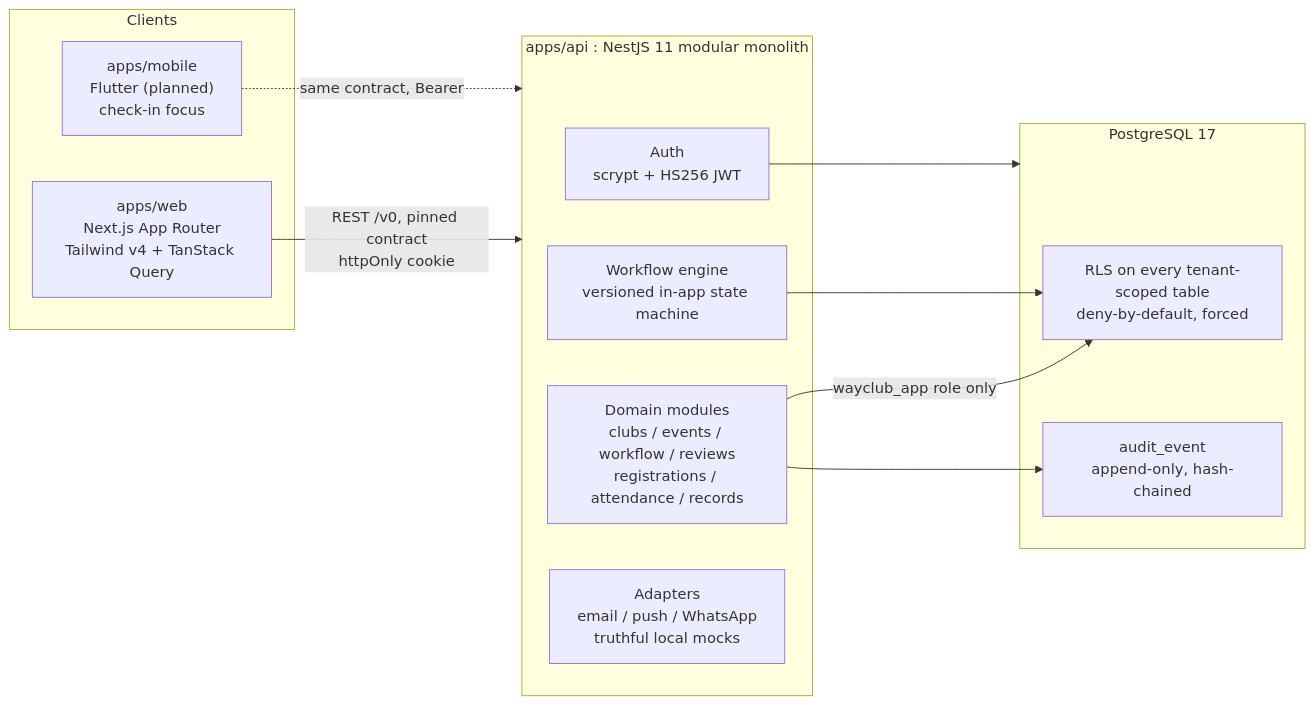
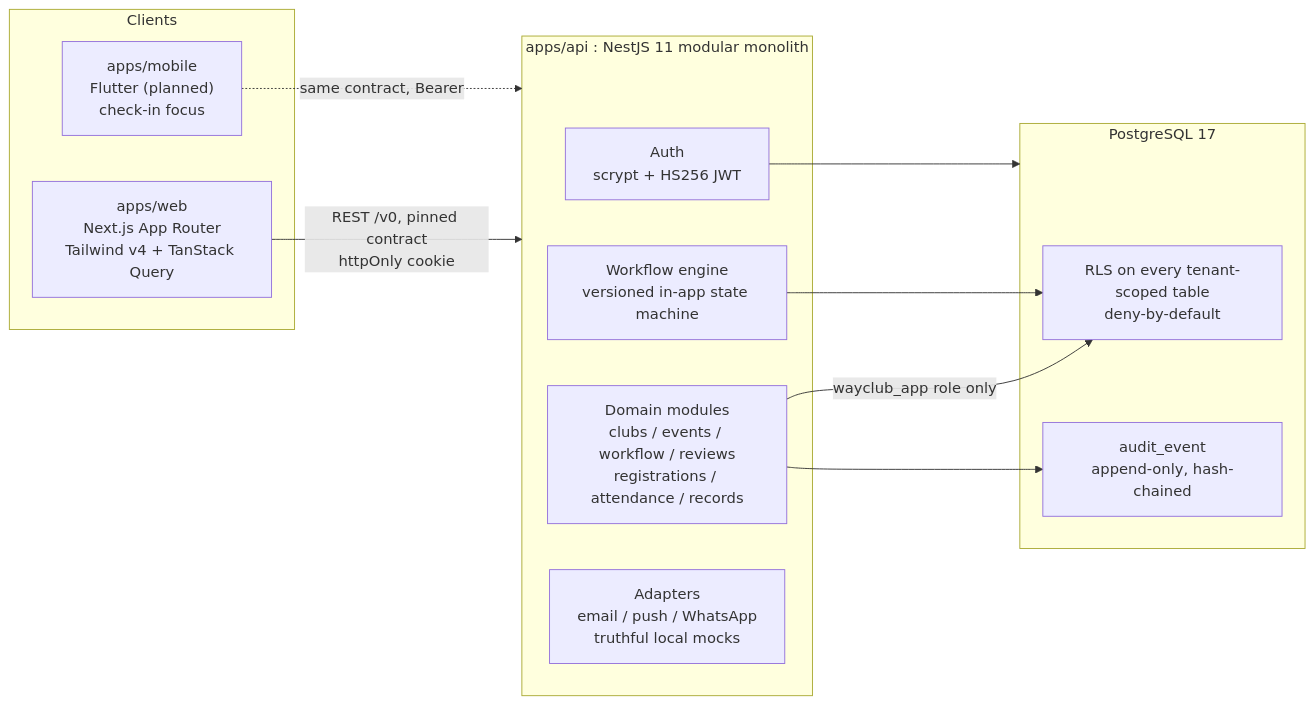
One commit to yeegz/WayClub-showcase changed the first of 2 diagrams in README.md. Above: the diagram before and after it, drawn with Mermaid. The commit also changed other lines of this file and 10 other files, not shown here.

````diff
--- a/README.md
+++ b/README.md
@@ -35,26 +35,26 @@
 ```mermaid
 flowchart LR
     subgraph Clients
         WEB["apps/web<br/>Next.js App Router<br/>Tailwind v4 + TanStack Query"]
         MOB["apps/mobile<br/>Flutter (planned)<br/>check-in focus"]
     end
 
     subgraph API["apps/api : NestJS 11 modular monolith"]
         AUTHM["Auth<br/>scrypt + HS256 JWT"]
         DOMAIN["Domain modules<br/>clubs / events / workflow / reviews<br/>registrations / attendance / records"]
         WFE["Workflow engine<br/>versioned in-app state machine"]
         ADAPT["Adapters<br/>email / push / WhatsApp<br/>truthful local mocks"]
     end
 
     subgraph PG["PostgreSQL 17"]
-        RLS["RLS on every tenant-scoped table<br/>deny-by-default, forced"]
+        RLS["RLS on every tenant-scoped table<br/>deny-by-default"]
         AUD["audit_event<br/>append-only, hash-chained"]
     end
 
     WEB -->|"REST /v0, pinned contract<br/>httpOnly cookie"| API
     MOB -.->|"same contract, Bearer"| API
     DOMAIN -->|"wayclub_app role only"| RLS
     WFE --> RLS
     AUTHM --> PG
     DOMAIN --> AUD
 ```
````
